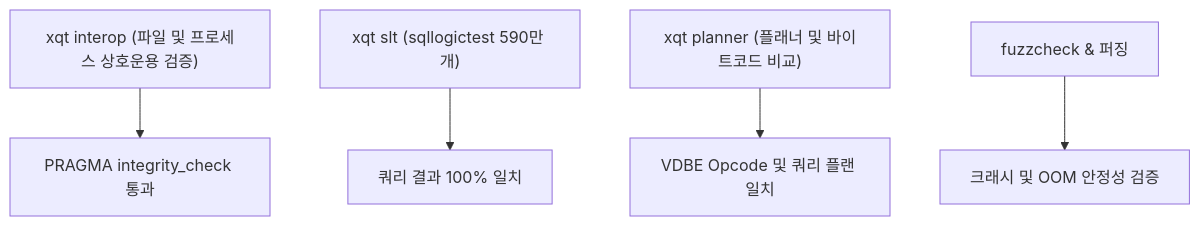
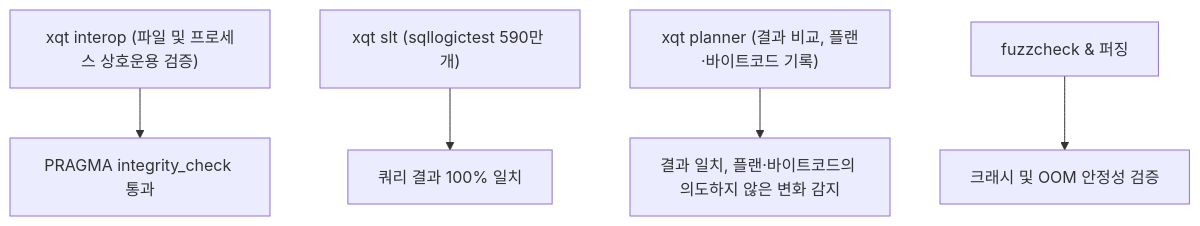
The diagram in docs/sqlite/testing.md (ironpark/xqlite), drawn with Mermaid before and after one commit. The commit also changed other lines of this file and 23 other files, not shown here.

````diff
--- a/docs/sqlite/testing.md
+++ b/docs/sqlite/testing.md
@@ -11,7 +11,7 @@
 ```mermaid
 flowchart TD
     Interop["xqt interop (파일 및 프로세스 상호운용 검증)"] --> Integrity["PRAGMA integrity_check 통과"]
     SLT["xqt slt (sqllogictest 590만 개)"] --> SQLResult["쿼리 결과 100% 일치"]
-    Planner["xqt planner (플래너 및 바이트코드 비교)"] --> Opcode["VDBE Opcode 및 쿼리 플랜 일치"]
+    Planner["xqt planner (결과 비교, 플랜·바이트코드 기록)"] --> Opcode["결과 일치, 플랜·바이트코드의 의도하지 않은 변화 감지"]
     Fuzz["fuzzcheck & 퍼징"] --> CrashFree["크래시 및 OOM 안정성 검증"]
 ```
````
